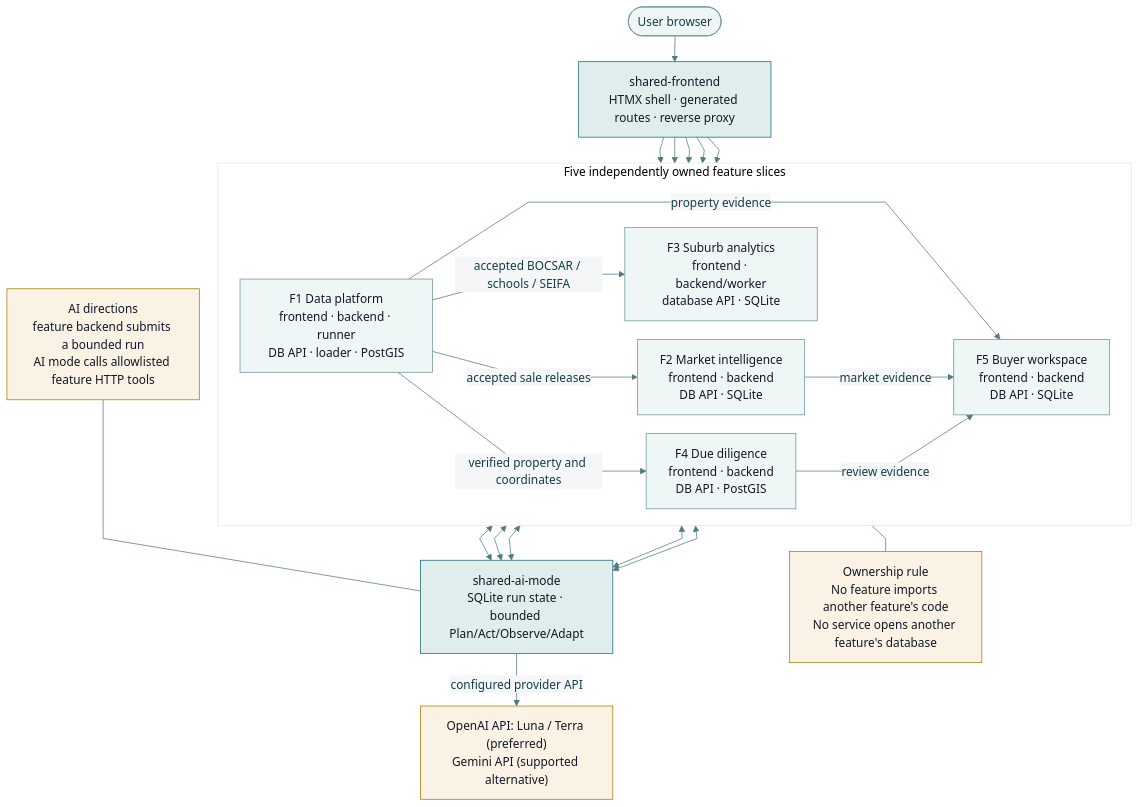
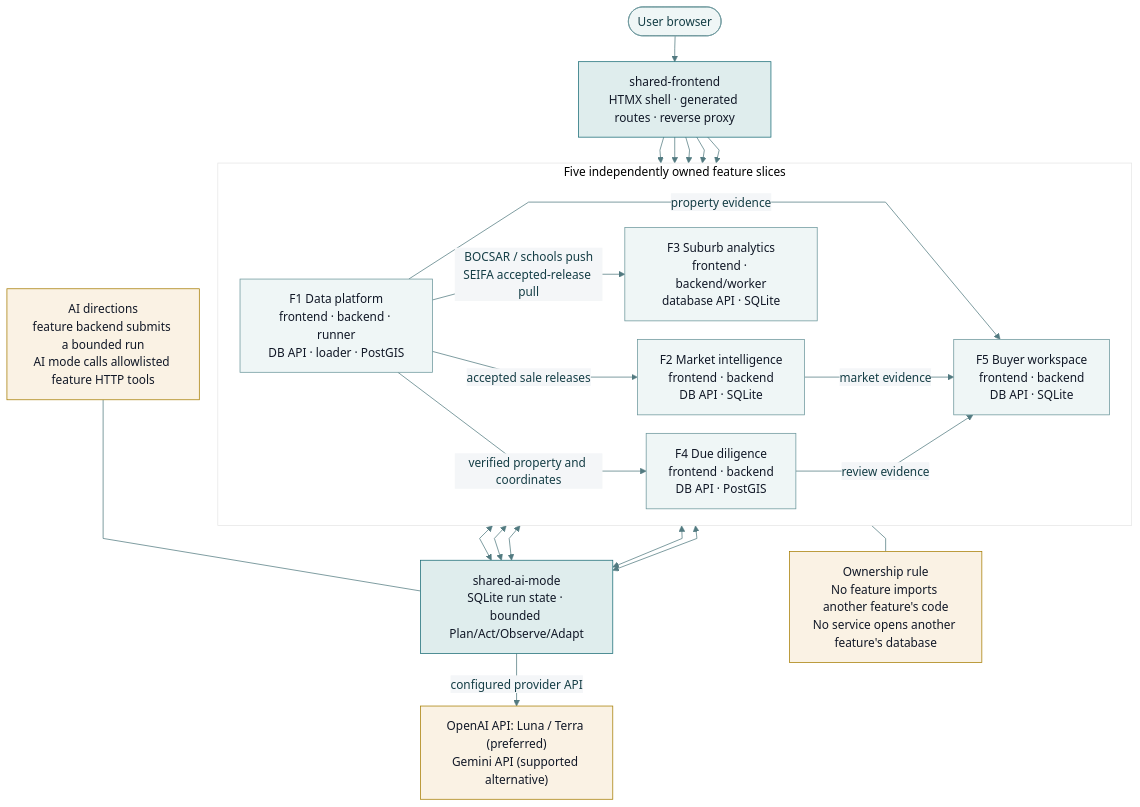
One commit to MattShelton04/41026ASDProject changed the diagram in docs/reports/diagrams/release-0/integrated-architecture.mmd. Above: the diagram before and after it, drawn with Mermaid. The commit also changed 19 other files, not shown here.

Commit message:
docs(report): refine Release 0 narrative and diagrams

```diff
--- a/docs/reports/diagrams/release-0/integrated-architecture.mmd
+++ b/docs/reports/diagrams/release-0/integrated-architecture.mmd
@@ -1,45 +1,45 @@
 %%{init: {"theme":"base","themeVariables":{"fontFamily":"Arial","fontSize":"16px","primaryColor":"#eff6f6","primaryBorderColor":"#6b969b","primaryTextColor":"#153e46","lineColor":"#527a80","secondaryColor":"#f4f6f8","tertiaryColor":"#ffffff"},"flowchart":{"curve":"linear","nodeSpacing":25,"rankSpacing":35}}}%%
 flowchart TB
     user([User browser]) --> edge["shared-frontend<br/>HTMX shell · generated routes · reverse proxy"]
     model["OpenAI API: Luna / Terra (preferred)<br/>Gemini API (supported alternative)"]
 
     subgraph features["Five independently owned feature slices"]
         direction LR
         f1["F1 Data platform<br/>frontend · backend · runner<br/>DB API · loader · PostGIS"]
         f2["F2 Market intelligence<br/>frontend · backend<br/>DB API · SQLite"]
         f3["F3 Suburb analytics<br/>frontend · backend/worker<br/>database API · SQLite"]
         f4["F4 Due diligence<br/>frontend · backend<br/>DB API · PostGIS"]
         f5["F5 Buyer workspace<br/>frontend · backend<br/>DB API · SQLite"]
     end
 
     edge --> f1
     edge --> f2
     edge --> f3
     edge --> f4
     edge --> f5
 
     f1 -->|accepted sale releases| f2
-    f1 -->|accepted BOCSAR / schools / SEIFA| f3
+    f1 -->|BOCSAR / schools push<br/>SEIFA accepted-release pull| f3
     f1 -->|verified property and coordinates| f4
     f1 -->|property evidence| f5
     f2 -->|market evidence| f5
     f4 -->|review evidence| f5
 
     ai["shared-ai-mode<br/>SQLite run state · bounded Plan/Act/Observe/Adapt"]
     f1 <--> ai
     f2 <--> ai
     f3 <--> ai
     f4 <--> ai
     f5 <--> ai
     aitip["AI directions<br/>feature backend submits a bounded run<br/>AI mode calls allowlisted feature HTTP tools"] --- ai
     ai -->|configured provider API| model
 
     isolation["Ownership rule<br/>No feature imports another feature's code<br/>No service opens another feature's database"]
     features --- isolation
 
     classDef shared fill:#dfeded,stroke:#176b75,color:#111827;
     classDef feature fill:#eff6f6,stroke:#6b969b,color:#111827;
     classDef note fill:#faf2e4,stroke:#a67c00,color:#111827;
     class edge,ai shared;
     class f1,f2,f3,f4,f5 feature;
     class model,isolation,aitip note;
```
